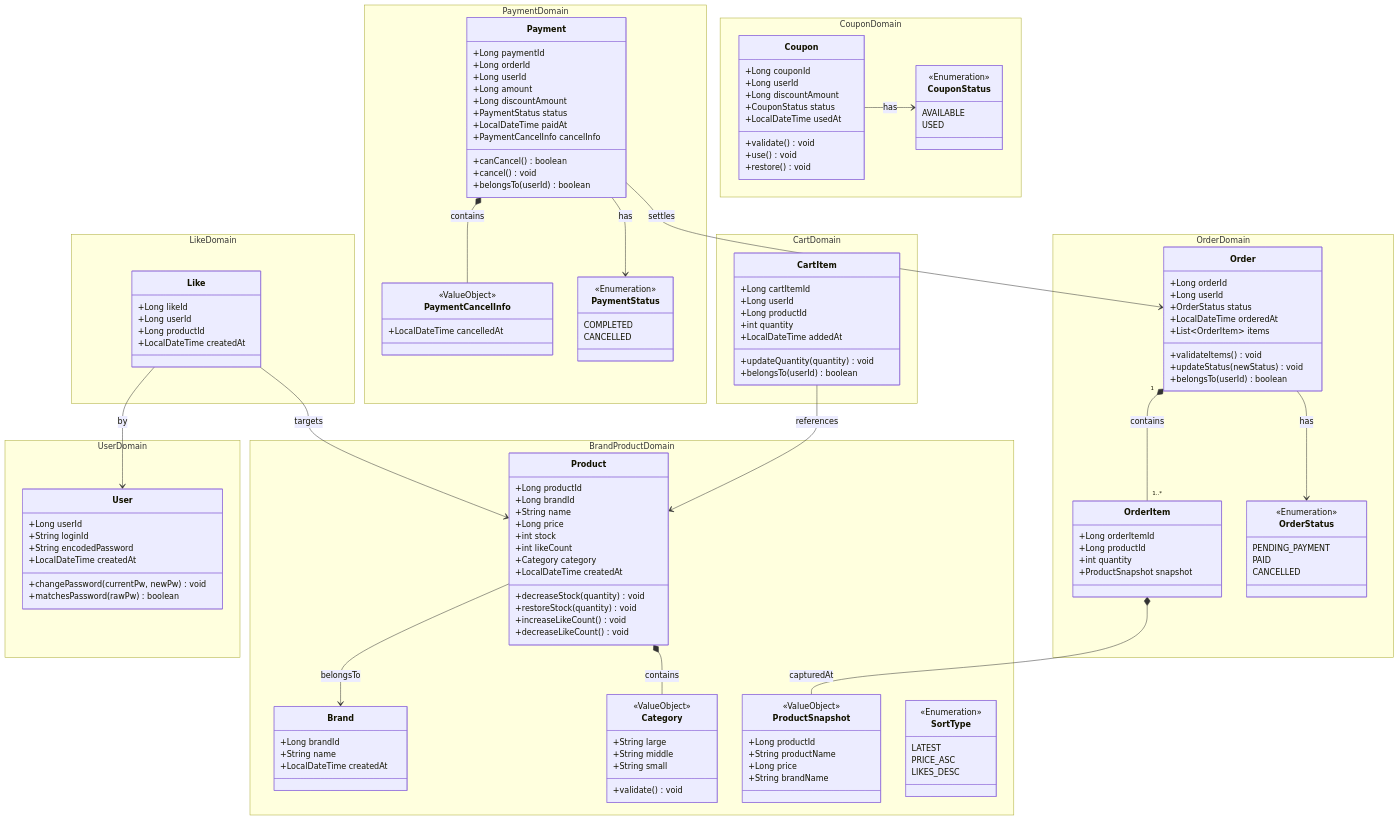
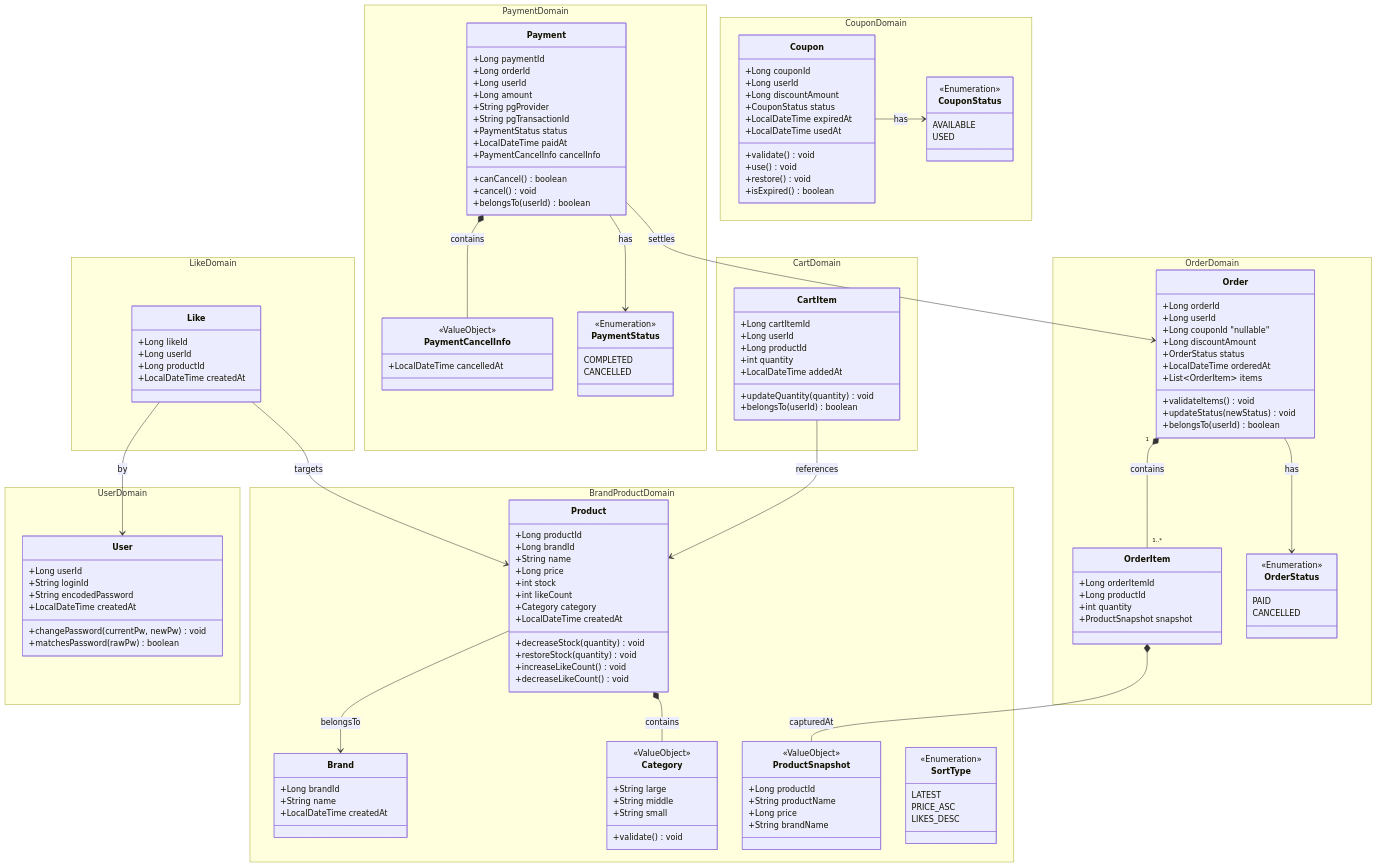
Before and after one commit to loopers-labs/loop-pack-be-l2-vol4-java: the diagram in .docs/design/class-diagram.md, drawn with Mermaid. The commit also changed other lines of this file and 4 other files, not shown here.

```diff
--- a/.docs/design/class-diagram.md
+++ b/.docs/design/class-diagram.md
@@ -84,6 +84,8 @@
         class Order {
             +Long orderId
             +Long userId
+            +Long couponId "nullable"
+            +Long discountAmount
             +OrderStatus status
             +LocalDateTime orderedAt
             +List~OrderItem~ items
@@ -101,7 +103,6 @@
 
         class OrderStatus {
             <<Enumeration>>
-            PENDING_PAYMENT
             PAID
             CANCELLED
         }
@@ -125,7 +126,8 @@
             +Long orderId
             +Long userId
             +Long amount
-            +Long discountAmount
+            +String pgProvider
+            +String pgTransactionId
             +PaymentStatus status
             +LocalDateTime paidAt
             +PaymentCancelInfo cancelInfo
@@ -152,10 +154,12 @@
             +Long userId
             +Long discountAmount
             +CouponStatus status
+            +LocalDateTime expiredAt
             +LocalDateTime usedAt
             +validate() void
             +use() void
             +restore() void
+            +isExpired() boolean
         }
 
         class CouponStatus {
```
